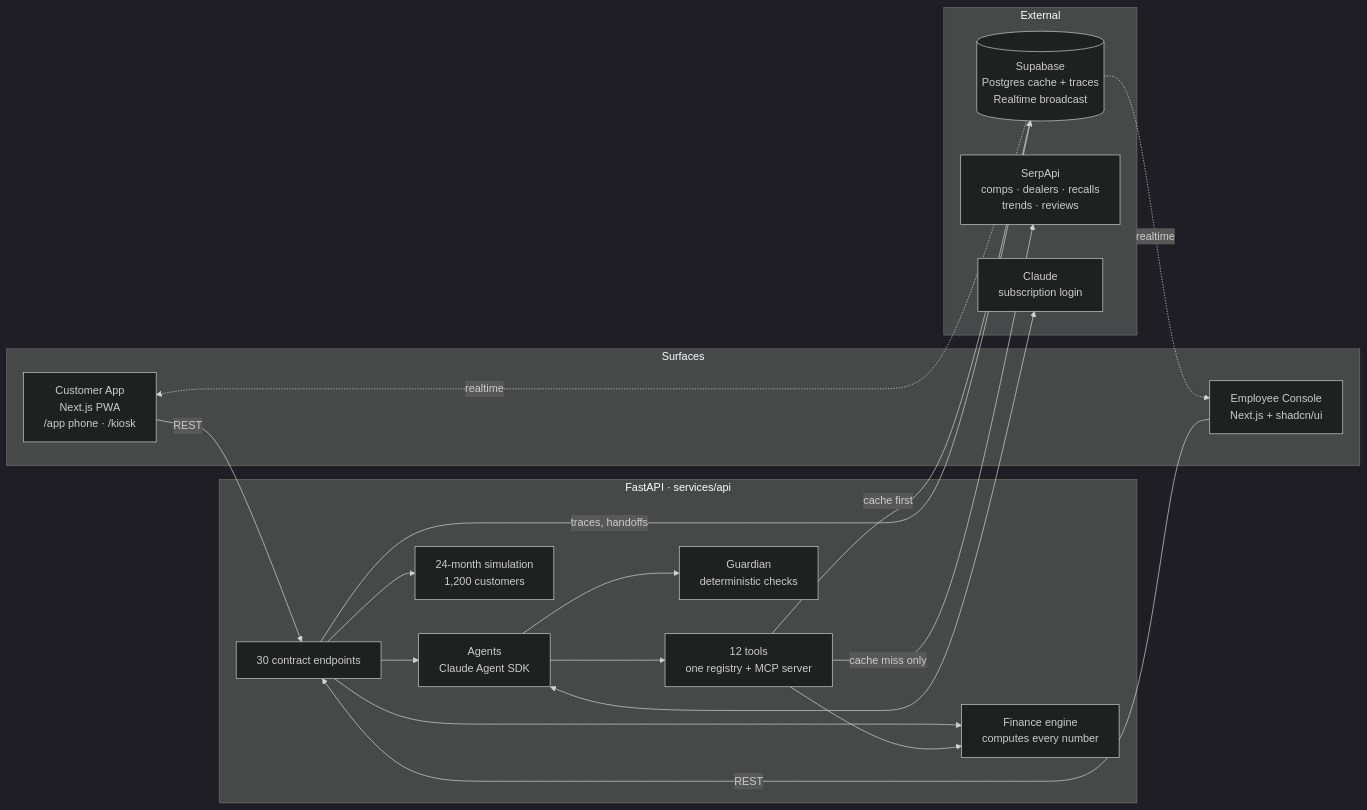
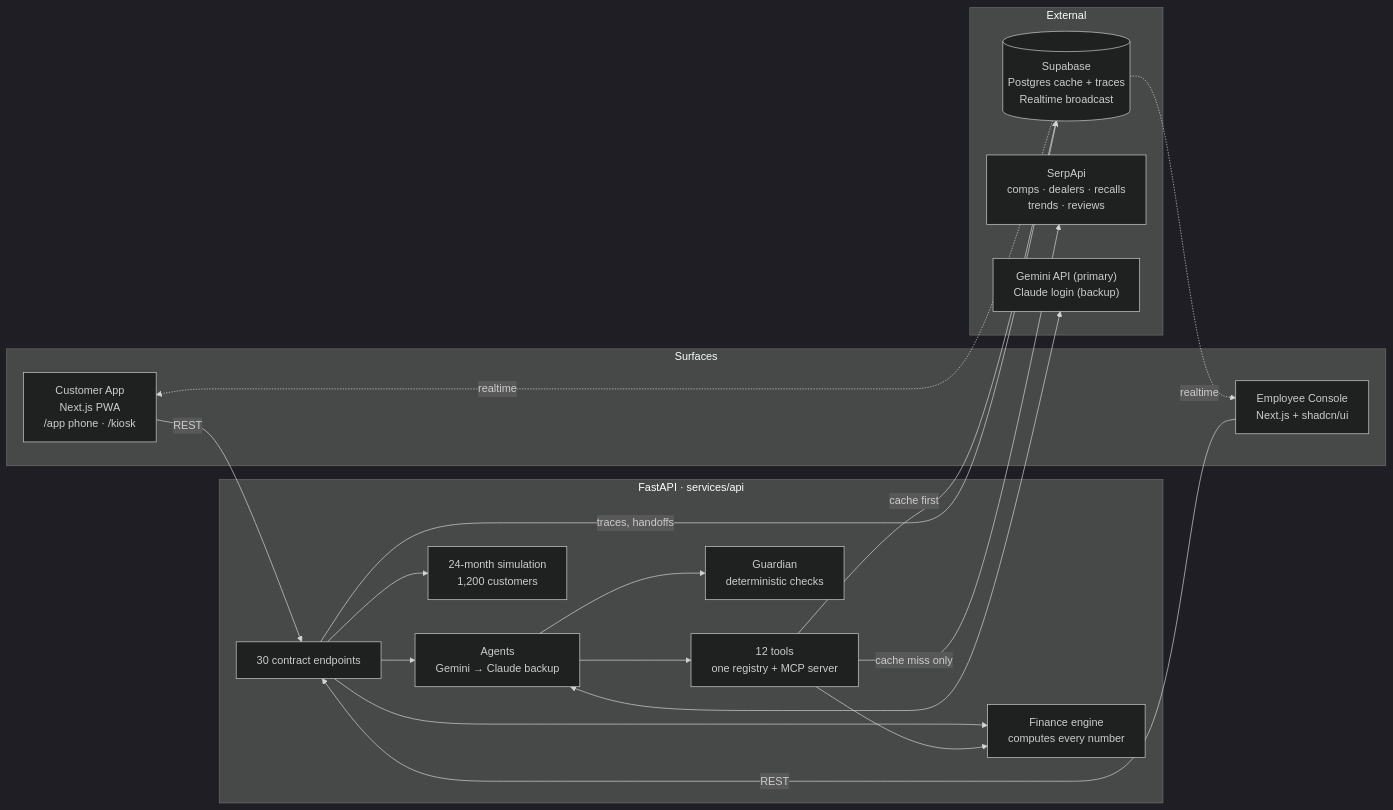
Before and after one commit to vishvacyber/toyota-nextmove: the first of 8 diagrams in README.md, drawn with Mermaid (dark theme). The commit also changed other lines of this file and 32 other files, not shown here.

First line of the commit message:
feat: Gemini primary AI, real MSRPs via SerpApi, real car photos

````diff
--- a/README.md
+++ b/README.md
@@ -75,37 +75,37 @@
 ```mermaid
 flowchart LR
   subgraph Surfaces
     CA["Customer App<br/>Next.js PWA<br/>/app phone · /kiosk"]
     EC["Employee Console<br/>Next.js + shadcn/ui"]
   end
 
   subgraph API["FastAPI · services/api"]
     R["30 contract endpoints"]
     ENG["Finance engine<br/>computes every number"]
     TOOLS["12 tools<br/>one registry + MCP server"]
-    AG["Agents<br/>Claude Agent SDK"]
+    AG["Agents<br/>Gemini → Claude backup"]
     GU["Guardian<br/>deterministic checks"]
     SIM["24-month simulation<br/>1,200 customers"]
   end
 
   subgraph External
     SB[("Supabase<br/>Postgres cache + traces<br/>Realtime broadcast")]
     SERP["SerpApi<br/>comps · dealers · recalls<br/>trends · reviews"]
-    CL["Claude<br/>subscription login"]
+    CL["Gemini API (primary)<br/>Claude login (backup)"]
   end
 
   CA -- REST --> R
   EC -- REST --> R
   R --> ENG
   R --> AG
   R --> SIM
   AG --> TOOLS
   TOOLS --> ENG
   AG --> GU
   AG <--> CL
   TOOLS -- cache first --> SB
   TOOLS -- cache miss only --> SERP
   R -- traces, handoffs --> SB
   SB -. realtime .-> EC
   SB -. realtime .-> CA
 ```
````
